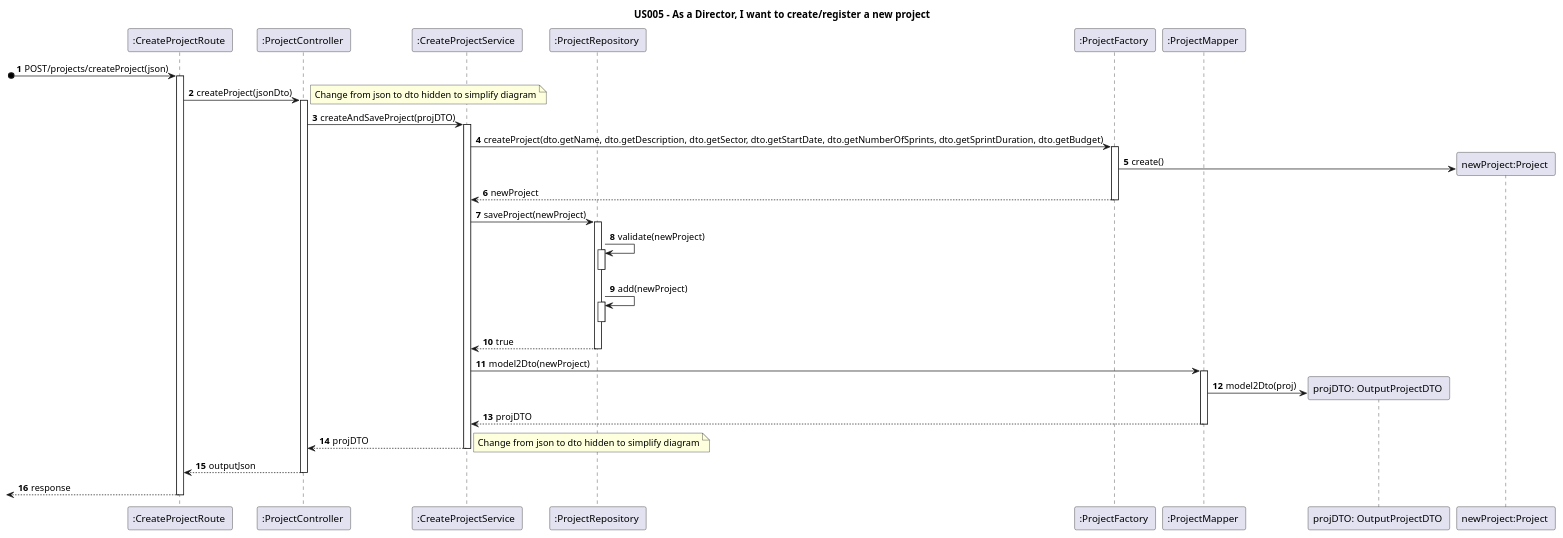
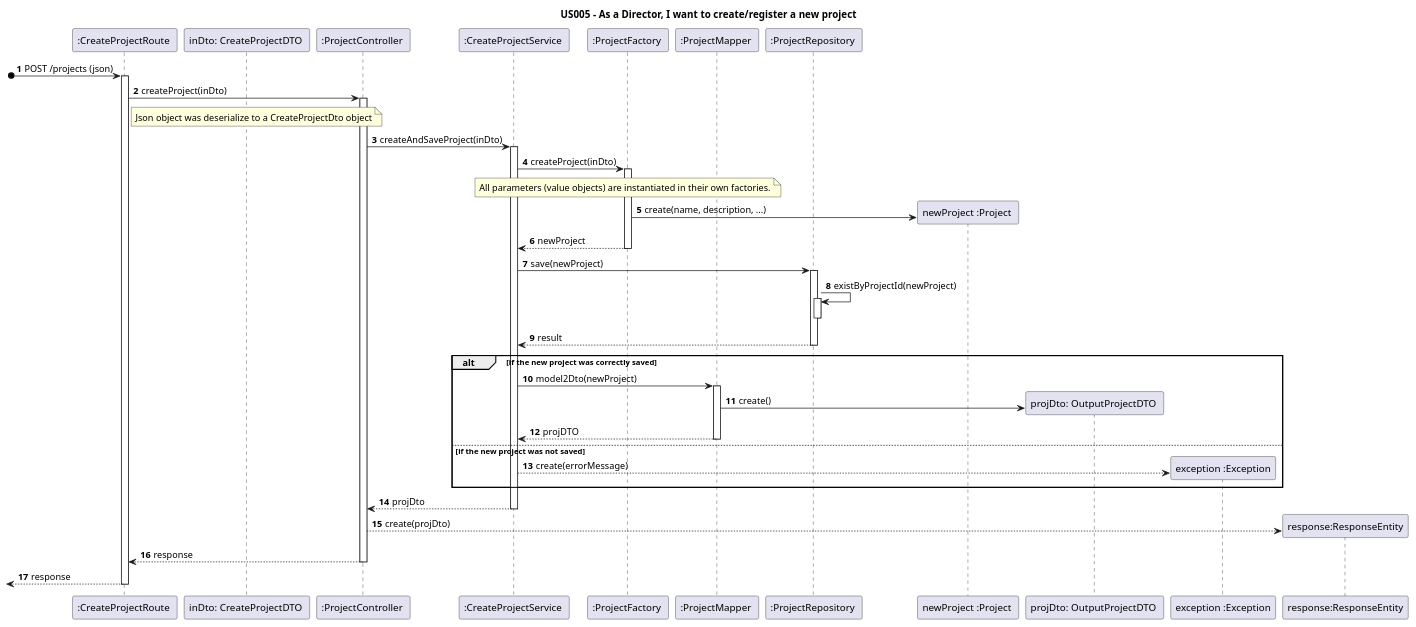
Before and after one commit to nunogon1211787/projectManagement: the diagram in docs/Sprint1/US005/US005-SD.puml, drawn with PlantUML. The commit also changed 28 other files, not shown here.

Commit message:
US004: Reengineering: update code to implement DDD, Onion Architecture, REST and Spring-Boot. resolve #203, resolve #204, resolve #205

```diff
--- a/docs/Sprint1/US005/US005-SD.puml
+++ b/docs/Sprint1/US005/US005-SD.puml
@@ -1,58 +1,66 @@
 @startuml
 'https://plantuml.com/class-diagram
 
 title US005 - As a Director, I want to create/register a new project
 
 autoactivate on
 autonumber
 
 
 participant ":CreateProjectRoute " as route
+participant "inDto: CreateProjectDTO " as inDto
 participant ":ProjectController " as controller
 participant ":CreateProjectService " as service
-participant ":ProjectRepository " as store
 participant ":ProjectFactory " as factory
 participant ":ProjectMapper " as mapper
-participant "projDTO: OutputProjectDTO " as dto
-participant "newProject:Project " as project
+participant ":ProjectRepository " as store
+participant "newProject :Project " as project
+participant "projDto: OutputProjectDTO " as dto
+participant "exception :Exception" as exc
+participant "response:ResponseEntity" as json
 
 
-[o->  route: POST/projects/createProject(json)
-route -> controller: createProject(jsonDto)
+[o->  route: POST /projects (json)
+route -> controller: createProject(inDto)
 
-note right
-Change from json to dto hidden to simplify diagram
-end note
+note right route: Json object was deserialize to a CreateProjectDto object
 
-controller -> service: createAndSaveProject(projDTO)
-service -> factory: createProject(dto.getName, dto.getDescription, dto.getSector, dto.getStartDate, dto.getNumberOfSprints, dto.getSprintDuration, dto.getBudget)
+controller -> service: createAndSaveProject(inDto)
 
-factory -> project**: create()
+service -> factory: createProject(inDto)
+
+note over factory : All parameters (value objects) are instantiated in their own factories.
+
+factory -> project**: create(name, description, ...)
 
 factory --> service: newProject
 
-service -> store: saveProject(newProject)
-store -> store: validate(newProject)
-deactivate store
-store -> store: add(newProject)
+service -> store: save(newProject)
+store -> store: existByProjectId(newProject)
 deactivate store
 
-store --> service: true
+store --> service: result
+
+alt if the new project was correctly saved
 
 service -> mapper: model2Dto(newProject)
 
-mapper -> dto**: model2Dto(proj)
+mapper -> dto**: create()
 
 mapper --> service: projDTO
 
-service --> controller: projDTO
+else if the new project was not saved
 
-note right
-Change from json to dto hidden to simplify diagram
-end note
+service --> exc** : create(errorMessage)
 
-controller --> route: outputJson
+end
+
+service --> controller: projDto
+
+controller --> json**: create(projDto)
+
+controller --> route: response
 
 [<-- route: response
 
 @enduml
```
